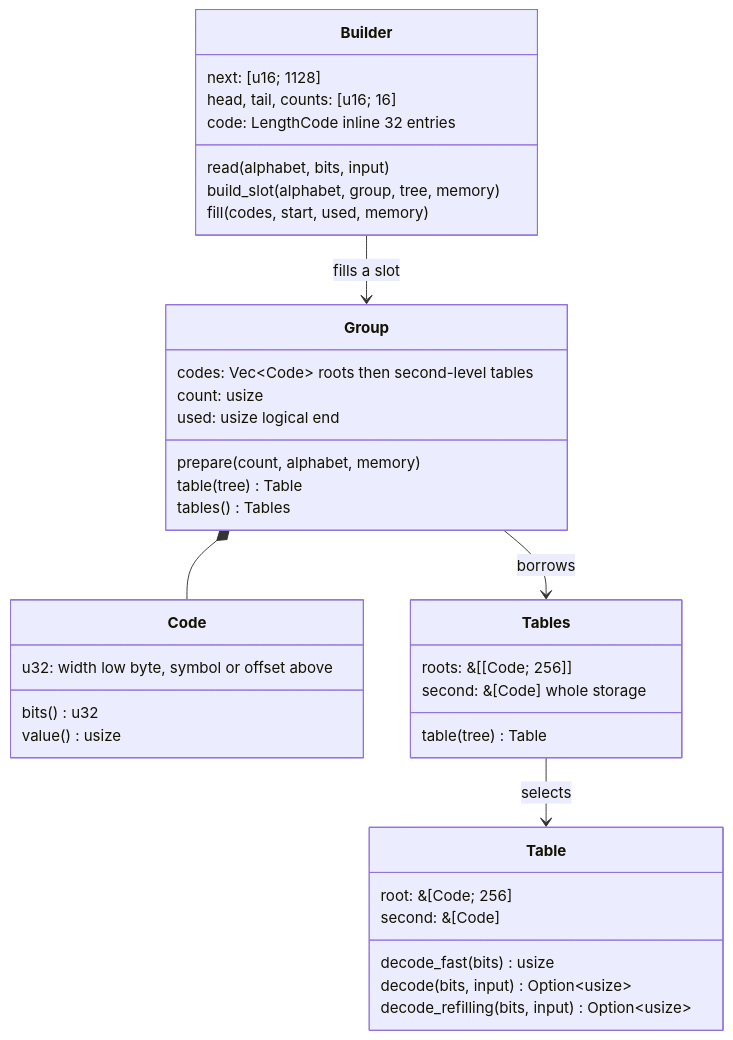
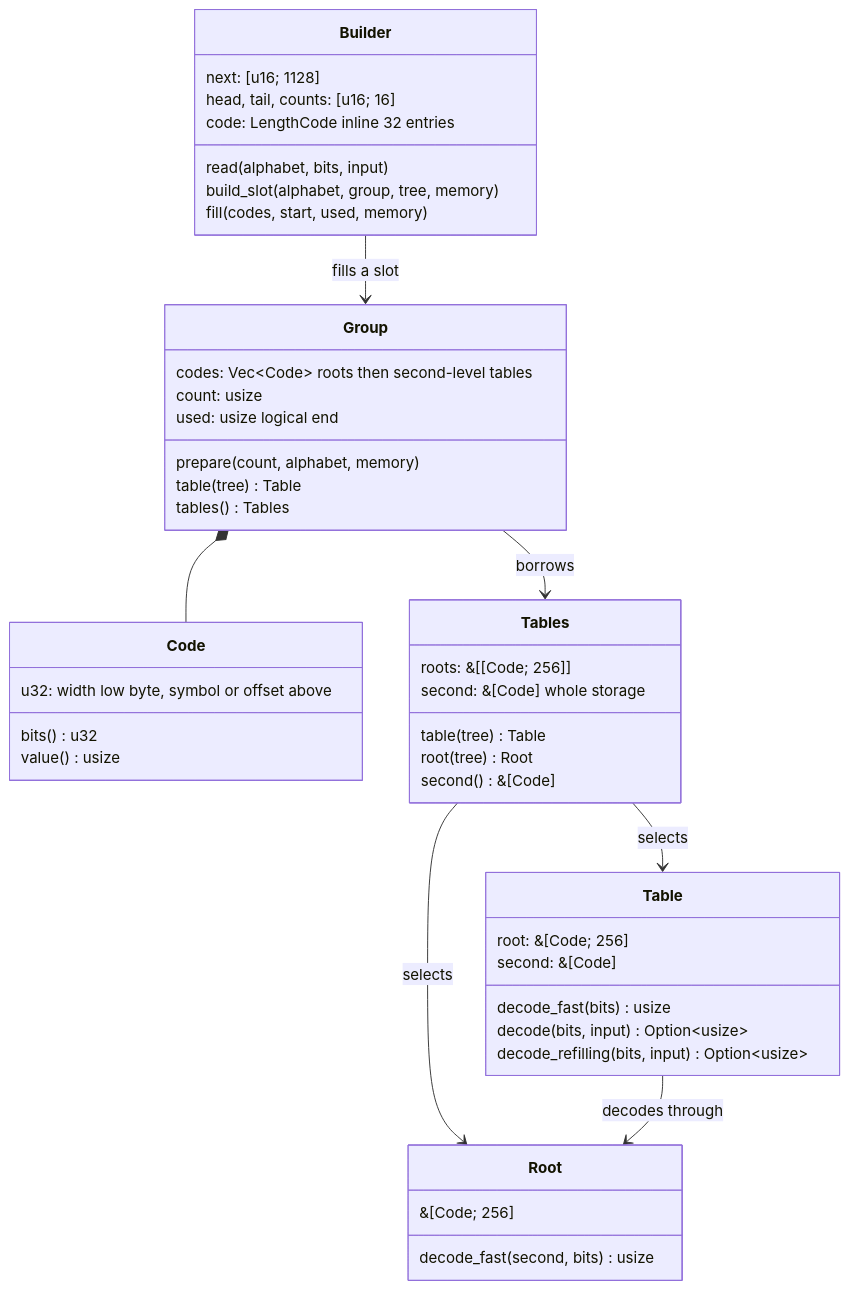
One commit to M-Compressors/mbrotli changed the fourth of 11 diagrams in architecture/decompressor.md. Above: the diagram before and after it, drawn with Mermaid. The commit also changed other lines of this file and 185 other files, not shown here.

````diff
--- a/architecture/decompressor.md
+++ b/architecture/decompressor.md
@@ -239,40 +244,48 @@
 ```mermaid
 classDiagram
     class Code {
         u32: width low byte, symbol or offset above
         bits() u32
         value() usize
     }
     class Group {
         codes: Vec~Code~ roots then second-level tables
         count: usize
         used: usize logical end
         prepare(count, alphabet, memory)
         table(tree) Table
         tables() Tables
     }
     class Tables {
         roots: &[[Code; 256]]
         second: &[Code] whole storage
         table(tree) Table
+        root(tree) Root
+        second() &[Code]
+    }
+    class Root {
+        &[Code; 256]
+        decode_fast(second, bits) usize
     }
     class Table {
         root: &[Code; 256]
         second: &[Code]
         decode_fast(bits) usize
         decode(bits, input) Option~usize~
         decode_refilling(bits, input) Option~usize~
     }
     class Builder {
         next: [u16; 1128]
         head, tail, counts: [u16; 16]
         code: LengthCode inline 32 entries
         read(alphabet, bits, input)
         build_slot(alphabet, group, tree, memory)
         fill(codes, start, used, memory)
     }
     Group *-- Code
     Group --> Tables : borrows
     Tables --> Table : selects
+    Tables --> Root : selects
+    Table --> Root : decodes through
     Builder --> Group : fills a slot
 ```
````
